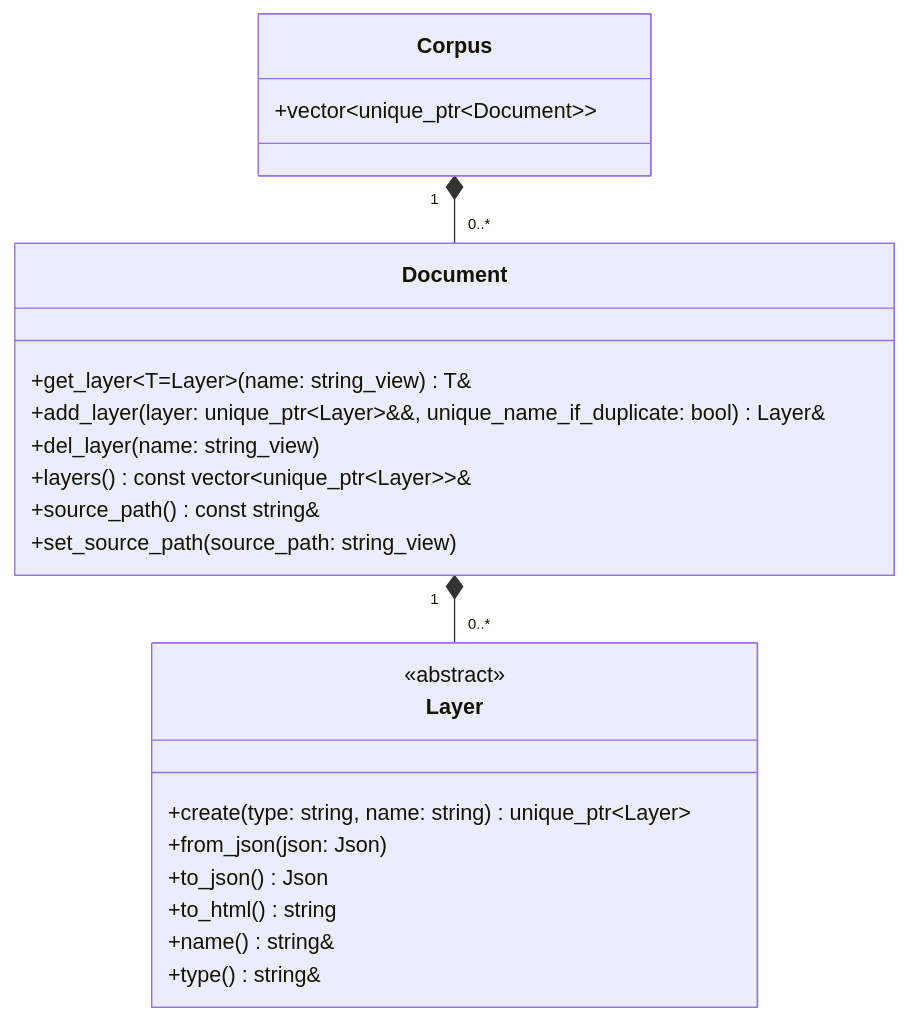
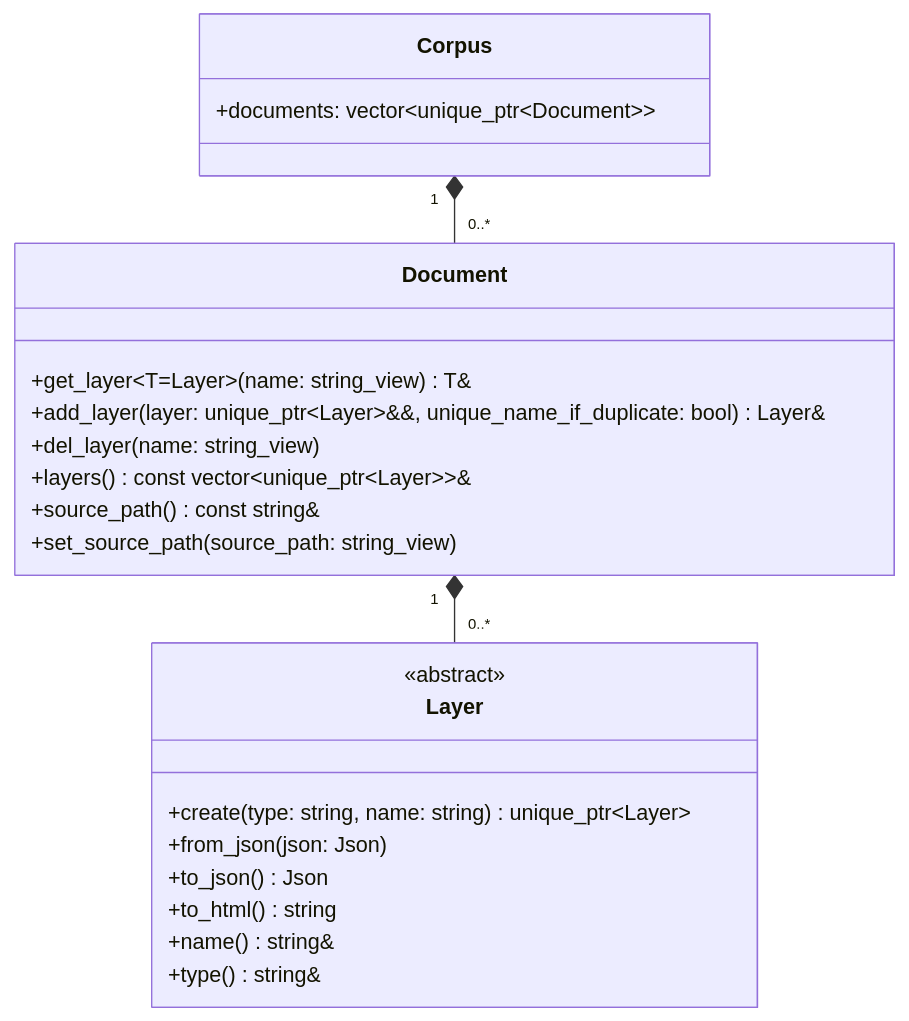
Before and after one commit to ufal/linpipe: the second of 7 diagrams in docs/src/dev/architecture.md, drawn with Mermaid. The commit also changed other lines of this file, not shown here.

````diff
--- a/docs/src/dev/architecture.md
+++ b/docs/src/dev/architecture.md
@@ -42,29 +42,29 @@
 ```mermaid
 classDiagram
   class Corpus {
-    +vector~unique_ptr~Document~~
+    +documents: vector~unique_ptr~Document~~
   }
 
   class Document {
     +get_layer~T=Layer~(name: string_view) T&
     +add_layer(layer: unique_ptr~Layer~&&, unique_name_if_duplicate: bool) Layer&
     +del_layer(name: string_view)
     +layers() const vector~unique_ptr~Layer~~&
     +source_path() const string&
     +set_source_path(source_path: string_view)
   }
 
   class Layer {
     <<abstract>>
     +create(type: string, name: string) unique_ptr~Layer~
     +from_json(json: Json)
     +to_json() Json
     +to_html() string
     +name() string&
     +type() string&
   }
 
   Corpus "1" *-- "0..*" Document
   Document "1" *-- "0..*" Layer
 
 ```
````
